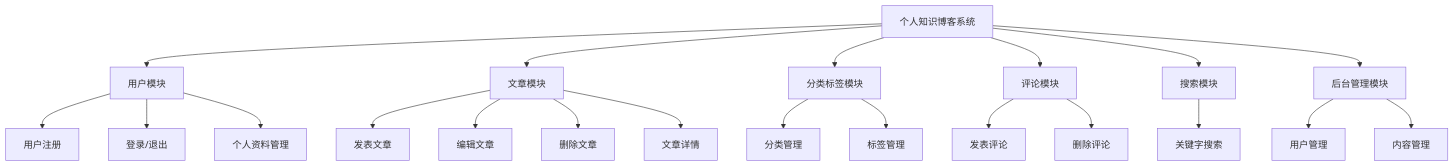
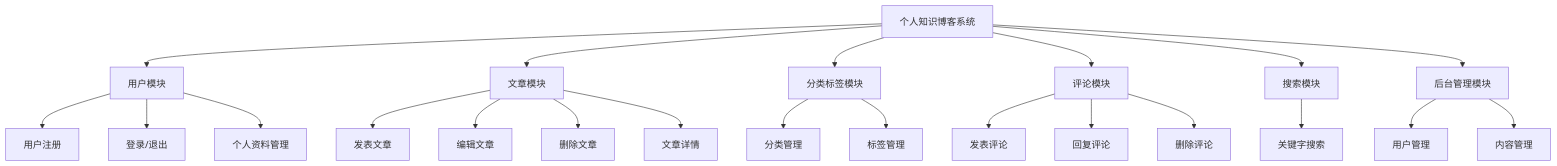
Before and after one commit to riverstarmeltsnow/knowledge-blog: the first of 2 diagrams in docs/数据库设计文档.md, drawn with Mermaid. The commit also changed other lines of this file and 12 other files, not shown here.

````diff
--- a/docs/数据库设计文档.md
+++ b/docs/数据库设计文档.md
@@ -7,30 +7,31 @@
 ```mermaid
 flowchart TD
     A[个人知识博客系统]
     A --> B[用户模块]
     A --> C[文章模块]
     A --> D[分类标签模块]
     A --> E[评论模块]
     A --> F[搜索模块]
     A --> G[后台管理模块]
 
     B --> B1[用户注册]
     B --> B2[登录/退出]
     B --> B3[个人资料管理]
 
     C --> C1[发表文章]
     C --> C2[编辑文章]
     C --> C3[删除文章]
     C --> C4[文章详情]
 
     D --> D1[分类管理]
     D --> D2[标签管理]
 
     E --> E1[发表评论]
-    E --> E2[删除评论]
+    E --> E2[回复评论]
+    E --> E3[删除评论]
 
     F --> F1[关键字搜索]
 
     G --> G1[用户管理]
     G --> G2[内容管理]
 ```
````
